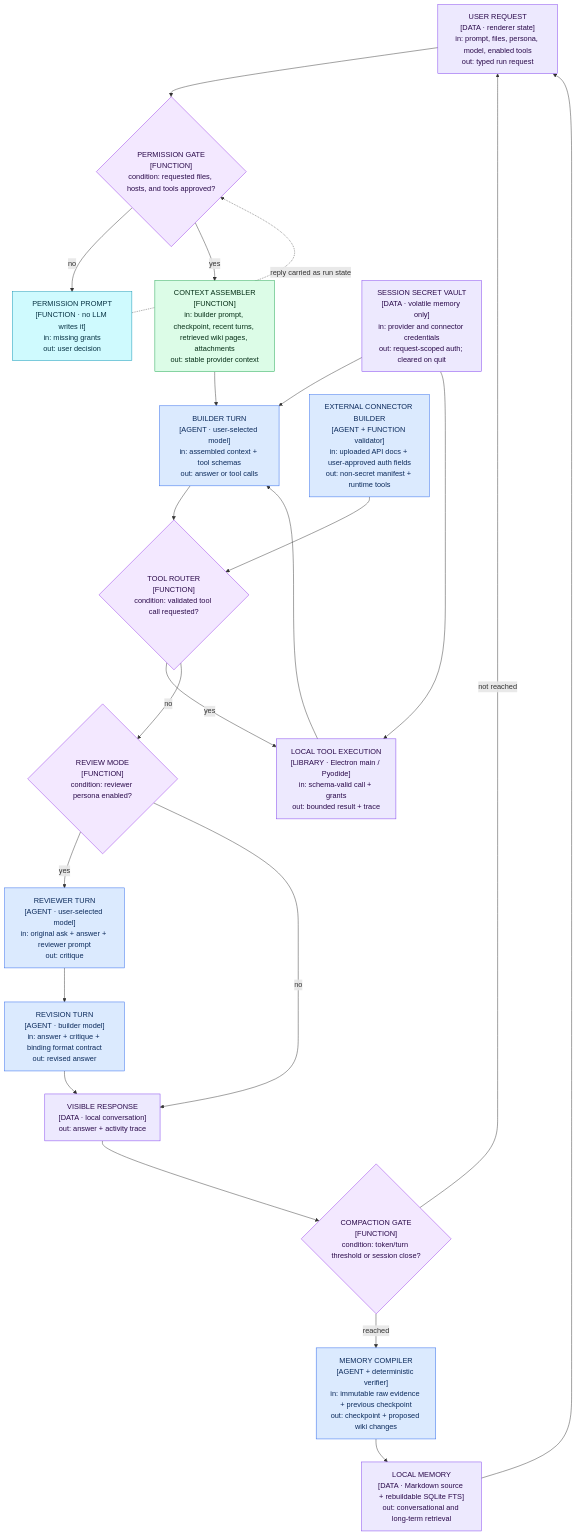
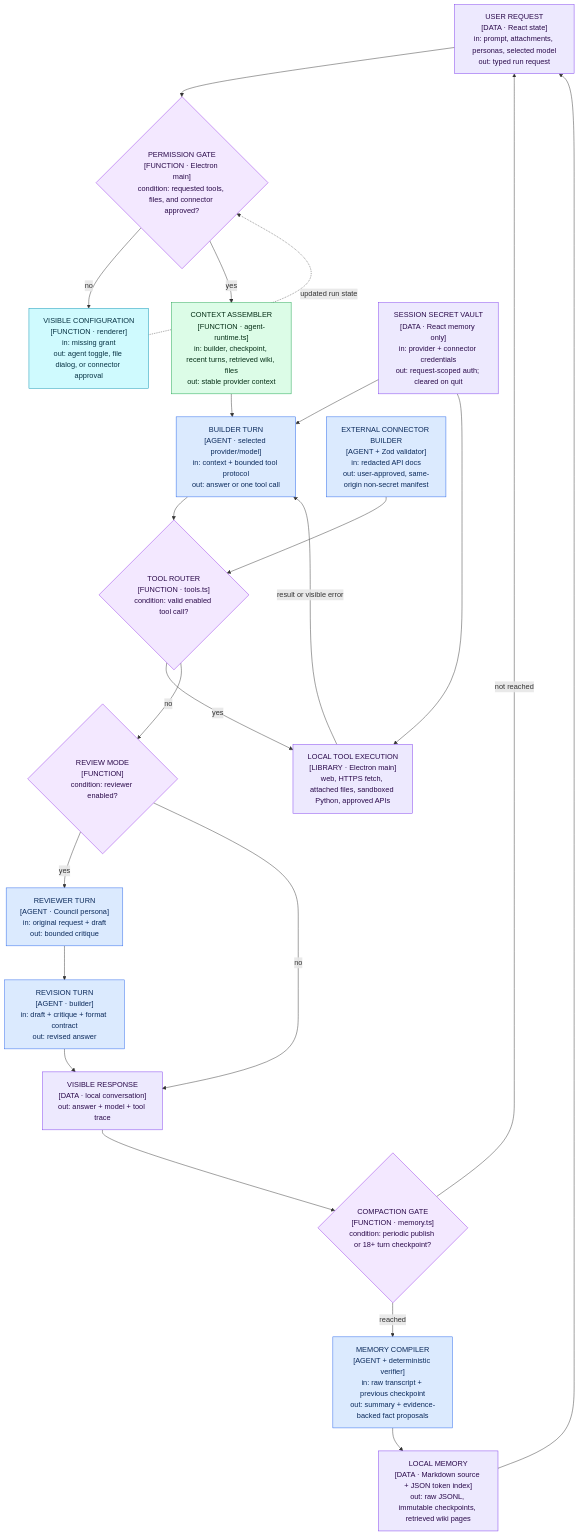
The diagram in docs/mermaid/01-desktop-agent-flow.mmd (APareek89/model-codex), drawn with Mermaid before and after one commit. The commit also changed 59 other files, not shown here.

Commit message:
feat: build local multi-model desktop workspace

```diff
--- a/docs/mermaid/01-desktop-agent-flow.mmd
+++ b/docs/mermaid/01-desktop-agent-flow.mmd
@@ -1,39 +1,38 @@
 %% 01 Model Codex desktop agent flow
-%% files: electron/main.ts, electron/preload.ts, src/App.tsx, src/services/agent-runtime.ts, src/services/memory.ts, src/services/tools.ts, src/services/connectors.ts
+%% files: electron/main.ts, electron/preload.cts, electron/agent-runtime.ts, electron/providers.ts, electron/memory.ts, electron/tools.ts, electron/storage.ts, src/App.tsx
 %% granularity: master
-%% intended — approved 2026-08-28; not yet built
+%% built — verified 2026-08-31 after trust-boundary and failure-fallback review
 flowchart TD
-    U["USER REQUEST<br/>[DATA · renderer state]<br/>in: prompt, files, persona, model, enabled tools<br/>out: typed run request"] --> P{"PERMISSION GATE<br/>[FUNCTION]<br/>condition: requested files, hosts, and tools approved?"}
-    P -->|"no"| ASK["PERMISSION PROMPT<br/>[FUNCTION · no LLM writes it]<br/>in: missing grants<br/>out: user decision"]
-    ASK -. "reply carried as run state" .-> P
-    P -->|"yes"| C["CONTEXT ASSEMBLER<br/>[FUNCTION]<br/>in: builder prompt, checkpoint, recent turns, retrieved wiki pages, attachments<br/>out: stable provider context"]
-    C --> L["BUILDER TURN<br/>[AGENT · user-selected model]<br/>in: assembled context + tool schemas<br/>out: answer or tool calls"]
-    L --> T{"TOOL ROUTER<br/>[FUNCTION]<br/>condition: validated tool call requested?"}
-    T -->|"yes"| X["LOCAL TOOL EXECUTION<br/>[LIBRARY · Electron main / Pyodide]<br/>in: schema-valid call + grants<br/>out: bounded result + trace"]
-    X --> L
-    T -->|"no"| R{"REVIEW MODE<br/>[FUNCTION]<br/>condition: reviewer persona enabled?"}
-    R -->|"yes"| V["REVIEWER TURN<br/>[AGENT · user-selected model]<br/>in: original ask + answer + reviewer prompt<br/>out: critique"]
-    V --> Q["REVISION TURN<br/>[AGENT · builder model]<br/>in: answer + critique + binding format contract<br/>out: revised answer"]
-    R -->|"no"| O["VISIBLE RESPONSE<br/>[DATA · local conversation]<br/>out: answer + activity trace"]
+    U["USER REQUEST<br/>[DATA · React state]<br/>in: prompt, attachments, personas, selected model<br/>out: typed run request"] --> P{"PERMISSION GATE<br/>[FUNCTION · Electron main]<br/>condition: requested tools, files, and connector approved?"}
+    P -->|"no"| ASK["VISIBLE CONFIGURATION<br/>[FUNCTION · renderer]<br/>in: missing grant<br/>out: agent toggle, file dialog, or connector approval"]
+    ASK -. "updated run state" .-> P
+    P -->|"yes"| C["CONTEXT ASSEMBLER<br/>[FUNCTION · agent-runtime.ts]<br/>in: builder, checkpoint, recent turns, retrieved wiki, files<br/>out: stable provider context"]
+    C --> L["BUILDER TURN<br/>[AGENT · selected provider/model]<br/>in: context + bounded tool protocol<br/>out: answer or one tool call"]
+    L --> T{"TOOL ROUTER<br/>[FUNCTION · tools.ts]<br/>condition: valid enabled tool call?"}
+    T -->|"yes"| X["LOCAL TOOL EXECUTION<br/>[LIBRARY · Electron main]<br/>web, HTTPS fetch, attached files, sandboxed Python, approved APIs"]
+    X -->|"result or visible error"| L
+    T -->|"no"| R{"REVIEW MODE<br/>[FUNCTION]<br/>condition: reviewer enabled?"}
+    R -->|"yes"| V["REVIEWER TURN<br/>[AGENT · Council persona]<br/>in: original request + draft<br/>out: bounded critique"]
+    V --> Q["REVISION TURN<br/>[AGENT · builder]<br/>in: draft + critique + format contract<br/>out: revised answer"]
+    R -->|"no"| O["VISIBLE RESPONSE<br/>[DATA · local conversation]<br/>out: answer + model + tool trace"]
     Q --> O
-    O --> M{"COMPACTION GATE<br/>[FUNCTION]<br/>condition: token/turn threshold or session close?"}
+    O --> M{"COMPACTION GATE<br/>[FUNCTION · memory.ts]<br/>condition: periodic publish or 18+ turn checkpoint?"}
     M -->|"not reached"| U
-    M -->|"reached"| K["MEMORY COMPILER<br/>[AGENT + deterministic verifier]<br/>in: immutable raw evidence + previous checkpoint<br/>out: checkpoint + proposed wiki changes"]
-    K --> W["LOCAL MEMORY<br/>[DATA · Markdown source + rebuildable SQLite FTS]<br/>out: conversational and long-term retrieval"]
+    M -->|"reached"| K["MEMORY COMPILER<br/>[AGENT + deterministic verifier]<br/>in: raw transcript + previous checkpoint<br/>out: summary + evidence-backed fact proposals"]
+    K --> W["LOCAL MEMORY<br/>[DATA · Markdown source + JSON token index]<br/>out: raw JSONL, immutable checkpoints, retrieved wiki pages"]
     W --> U
-    E["EXTERNAL CONNECTOR BUILDER<br/>[AGENT + FUNCTION validator]<br/>in: uploaded API docs + user-approved auth fields<br/>out: non-secret manifest + runtime tools"] --> T
-    S["SESSION SECRET VAULT<br/>[DATA · volatile memory only]<br/>in: provider and connector credentials<br/>out: request-scoped auth; cleared on quit"] --> L
+    E["EXTERNAL CONNECTOR BUILDER<br/>[AGENT + Zod validator]<br/>in: redacted API docs<br/>out: user-approved, same-origin non-secret manifest"] --> T
+    S["SESSION SECRET VAULT<br/>[DATA · React memory only]<br/>in: provider + connector credentials<br/>out: request-scoped auth; cleared on quit"] --> L
     S --> X
 
     classDef agent fill:#dbeafe,stroke:#2563eb,color:#0b2a5b;
     classDef fn fill:#dcfce7,stroke:#16a34a,color:#052e16;
     classDef dec fill:#f3e8ff,stroke:#9333ea,color:#2a0a4a;
-    classDef term fill:#e5e7eb,stroke:#6b7280,color:#111827;
     classDef ask fill:#cffafe,stroke:#0891b2,color:#083344;
     classDef data fill:#ede9fe,stroke:#7c3aed,color:#2a0a4a;
     class U,O,W,S data;
     class C,T,R,M,P fn;
     class P,T,R,M dec;
     class ASK ask;
     class L,V,Q,K,E agent;
     class X data;
```
